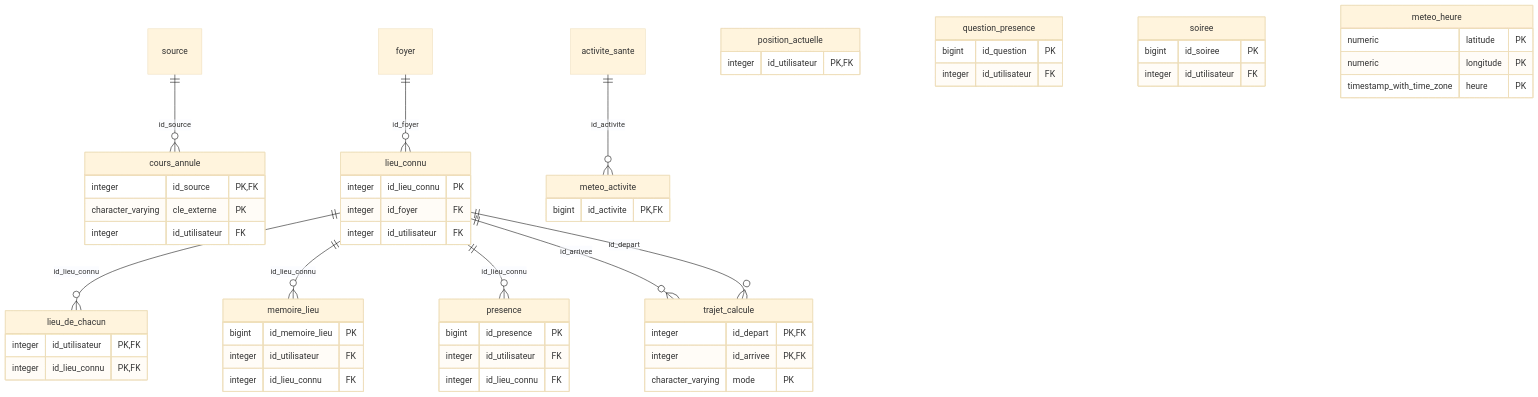
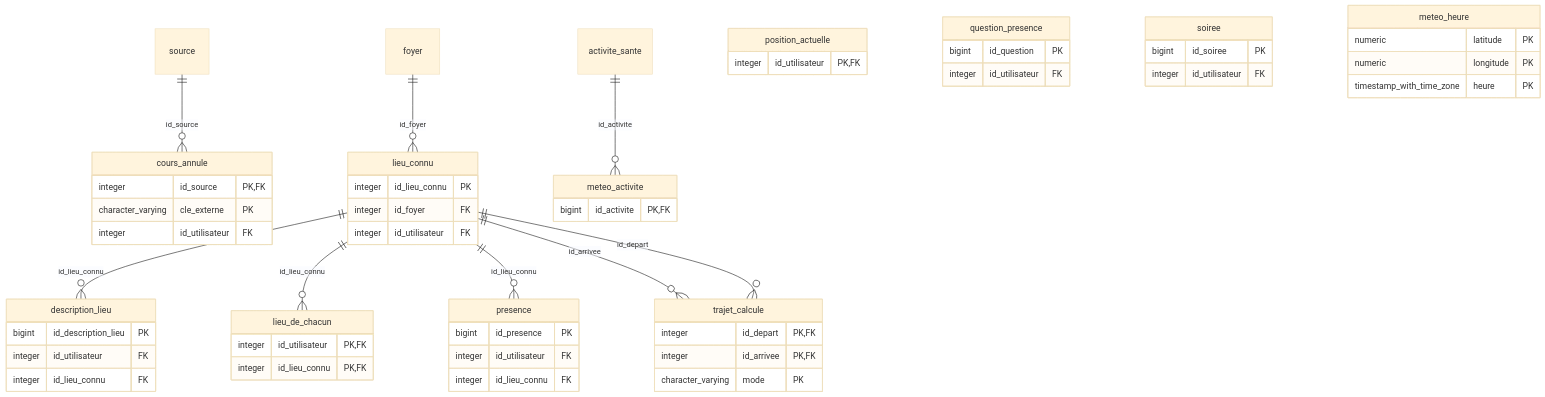
Before and after one commit to DocXydre/Projet_Emploie_du_temps: the seventh of 8 diagrams in sql/SCHEMA.md, drawn with Mermaid (base theme). The commit also changed other lines of this file and 27 other files, not shown here.

````diff
--- a/sql/SCHEMA.md
+++ b/sql/SCHEMA.md
@@ -488,59 +488,59 @@
 ```mermaid
 erDiagram
     source ||--o{ cours_annule : "id_source"
+    lieu_connu ||--o{ description_lieu : "id_lieu_connu"
     foyer ||--o{ lieu_connu : "id_foyer"
     lieu_connu ||--o{ lieu_de_chacun : "id_lieu_connu"
-    lieu_connu ||--o{ memoire_lieu : "id_lieu_connu"
     activite_sante ||--o{ meteo_activite : "id_activite"
     lieu_connu ||--o{ presence : "id_lieu_connu"
     lieu_connu ||--o{ trajet_calcule : "id_arrivee"
     lieu_connu ||--o{ trajet_calcule : "id_depart"
     lieu_connu {
         integer id_lieu_connu PK
         integer id_foyer FK
         integer id_utilisateur FK
     }
     lieu_de_chacun {
         integer id_utilisateur PK,FK
         integer id_lieu_connu PK,FK
     }
-    memoire_lieu {
-        bigint id_memoire_lieu PK
+    description_lieu {
+        bigint id_description_lieu PK
         integer id_utilisateur FK
         integer id_lieu_connu FK
     }
     trajet_calcule {
         integer id_depart PK,FK
         integer id_arrivee PK,FK
         character_varying mode PK
     }
     presence {
         bigint id_presence PK
         integer id_utilisateur FK
         integer id_lieu_connu FK
     }
     position_actuelle {
         integer id_utilisateur PK,FK
     }
     question_presence {
         bigint id_question PK
         integer id_utilisateur FK
     }
     cours_annule {
         integer id_source PK,FK
         character_varying cle_externe PK
         integer id_utilisateur FK
     }
     soiree {
         bigint id_soiree PK
         integer id_utilisateur FK
     }
     meteo_heure {
         numeric latitude PK
         numeric longitude PK
         timestamp_with_time_zone heure PK
     }
     meteo_activite {
         bigint id_activite PK,FK
     }
 ```
````
